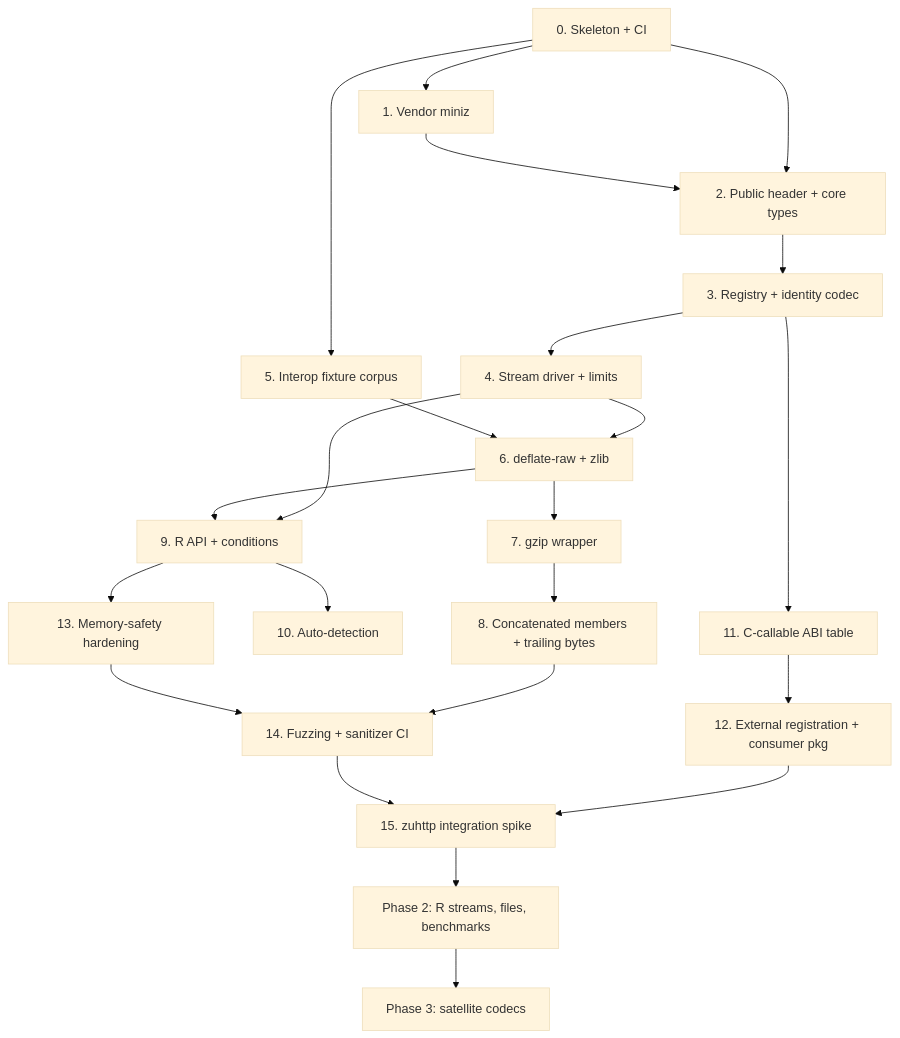
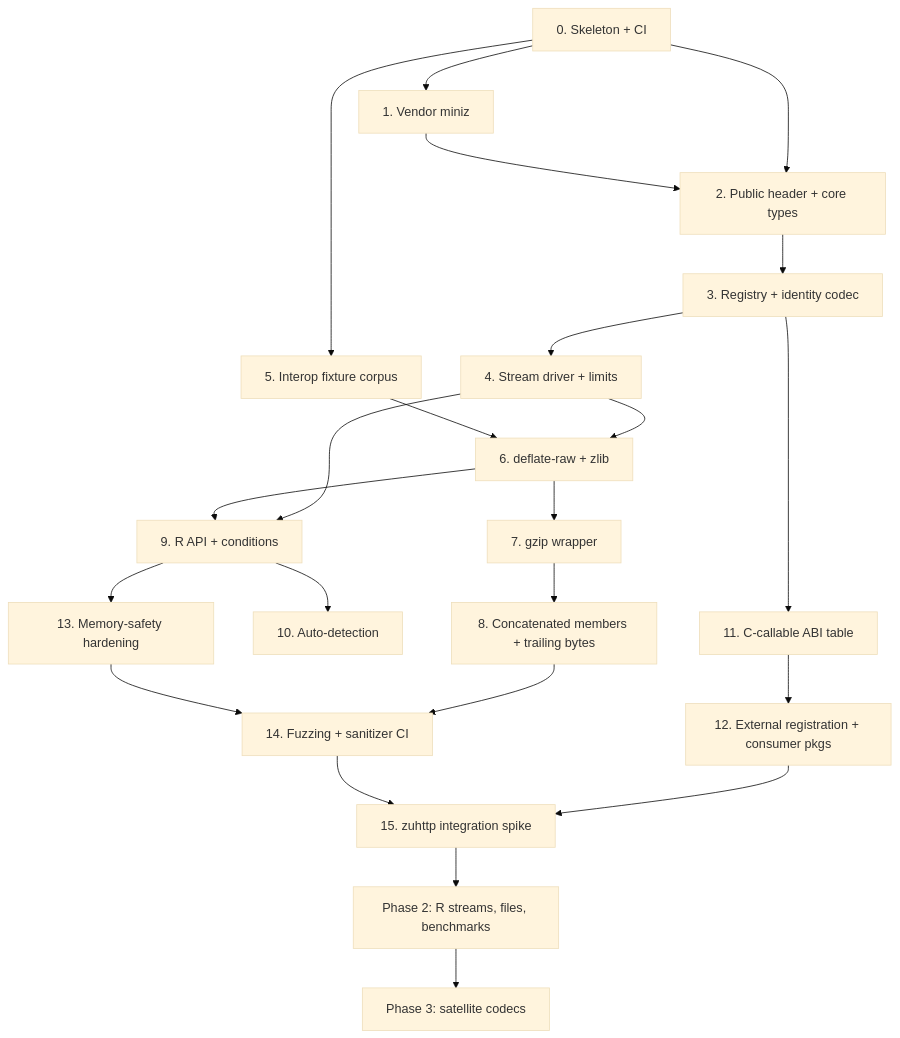
Before and after one commit to pedrobtz/zukomp: the diagram in .agents/ROADMAP.md, drawn with Mermaid (base theme). The commit also changed other lines of this file and 3 other files, not shown here.

````diff
--- a/.agents/ROADMAP.md
+++ b/.agents/ROADMAP.md
@@ -11,25 +11,25 @@
 ```mermaid
 graph TD
     S0[0. Skeleton + CI] --> S1[1. Vendor miniz]
     S0 --> S2[2. Public header + core types]
     S1 --> S2
     S2 --> S3[3. Registry + identity codec]
     S3 --> S4[4. Stream driver + limits]
     S0 --> S5[5. Interop fixture corpus]
     S4 --> S6[6. deflate-raw + zlib]
     S5 --> S6
     S6 --> S7[7. gzip wrapper]
     S7 --> S8[8. Concatenated members + trailing bytes]
     S4 --> S9[9. R API + conditions]
     S6 --> S9
     S9 --> S10[10. Auto-detection]
     S3 --> S11[11. C-callable ABI table]
-    S11 --> S12[12. External registration + consumer pkg]
+    S11 --> S12[12. External registration + consumer pkgs]
     S9 --> S13[13. Memory-safety hardening]
     S8 --> S14[14. Fuzzing + sanitizer CI]
     S13 --> S14
     S12 --> S15[15. zuhttp integration spike]
     S14 --> S15
     S15 --> P2[Phase 2: R streams, files, benchmarks]
     P2 --> P3[Phase 3: satellite codecs]
 ```
````
